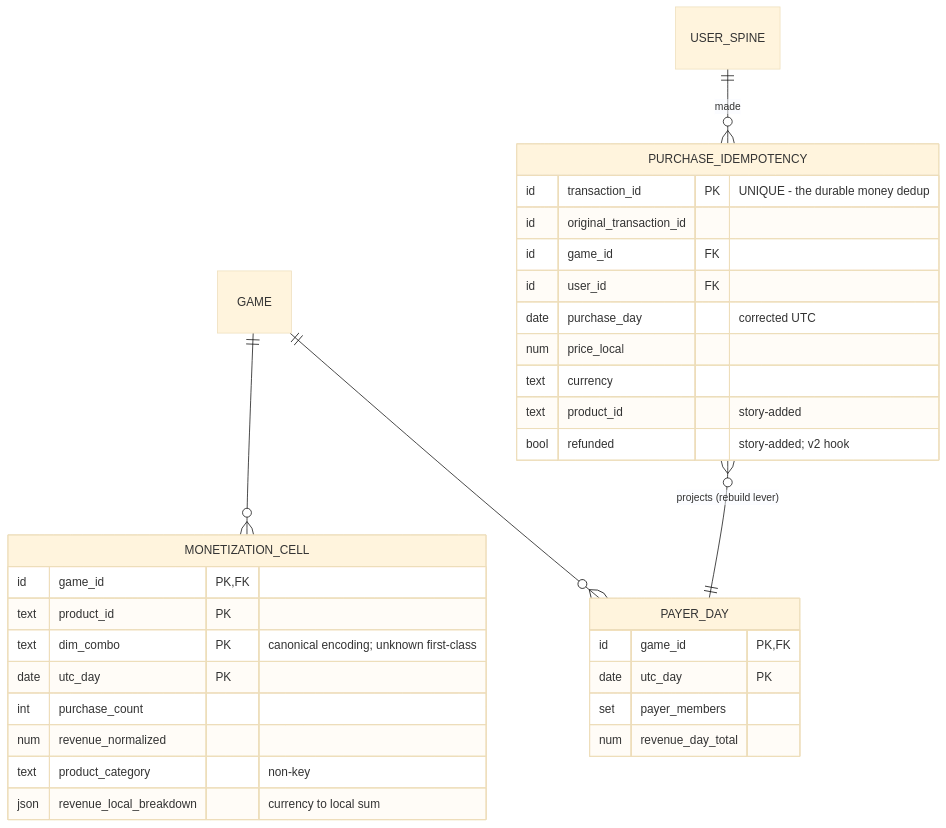
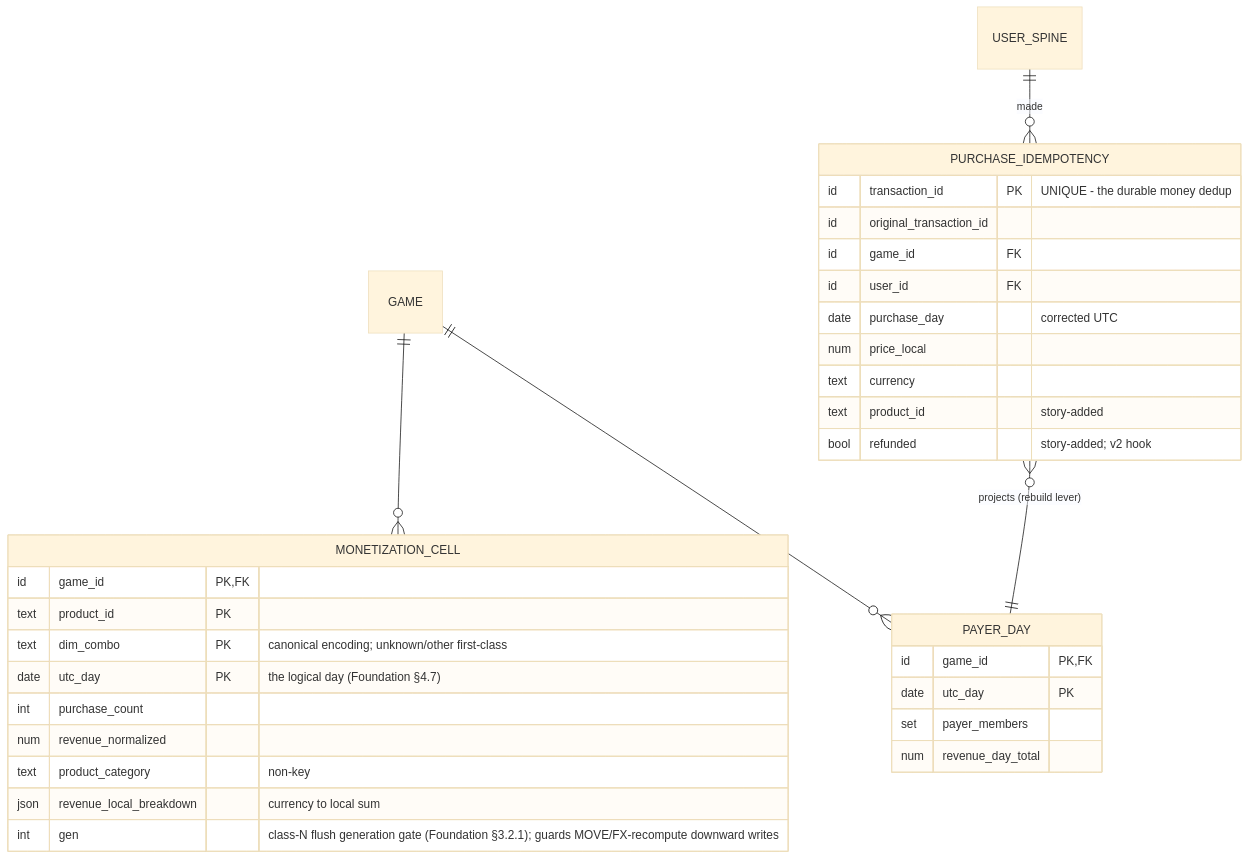
The diagram in specs/001-analytics-platform/phases/05-monetization.md (Tusi-Game/game-analytics), drawn with Mermaid (base theme) before and after one commit. The commit also changed other lines of this file and 16 other files, not shown here.

````diff
--- a/specs/001-analytics-platform/phases/05-monetization.md
+++ b/specs/001-analytics-platform/phases/05-monetization.md
@@ -165,34 +165,35 @@
 ```mermaid
 erDiagram
     GAME ||--o{ MONETIZATION_CELL : ""
     GAME ||--o{ PAYER_DAY : ""
     USER_SPINE ||--o{ PURCHASE_IDEMPOTENCY : "made"
     PURCHASE_IDEMPOTENCY }o--|| PAYER_DAY : "projects (rebuild lever)"
     PURCHASE_IDEMPOTENCY {
         id   transaction_id PK "UNIQUE - the durable money dedup"
         id   original_transaction_id
         id   game_id FK
         id   user_id FK
         date purchase_day "corrected UTC"
         num  price_local
         text currency
         text product_id "story-added"
         bool refunded "story-added; v2 hook"
     }
     MONETIZATION_CELL {
         id   game_id PK, FK
         text product_id PK
-        text dim_combo PK "canonical encoding; unknown first-class"
-        date utc_day PK
+        text dim_combo PK "canonical encoding; unknown/other first-class"
+        date utc_day PK "the logical day (Foundation §4.7)"
         int  purchase_count
         num  revenue_normalized
         text product_category "non-key"
         json revenue_local_breakdown "currency to local sum"
+        int  gen "class-N flush generation gate (Foundation §3.2.1); guards MOVE/FX-recompute downward writes"
     }
     PAYER_DAY {
         id   game_id PK, FK
         date utc_day PK
         set  payer_members
         num  revenue_day_total
     }
 ```
````
